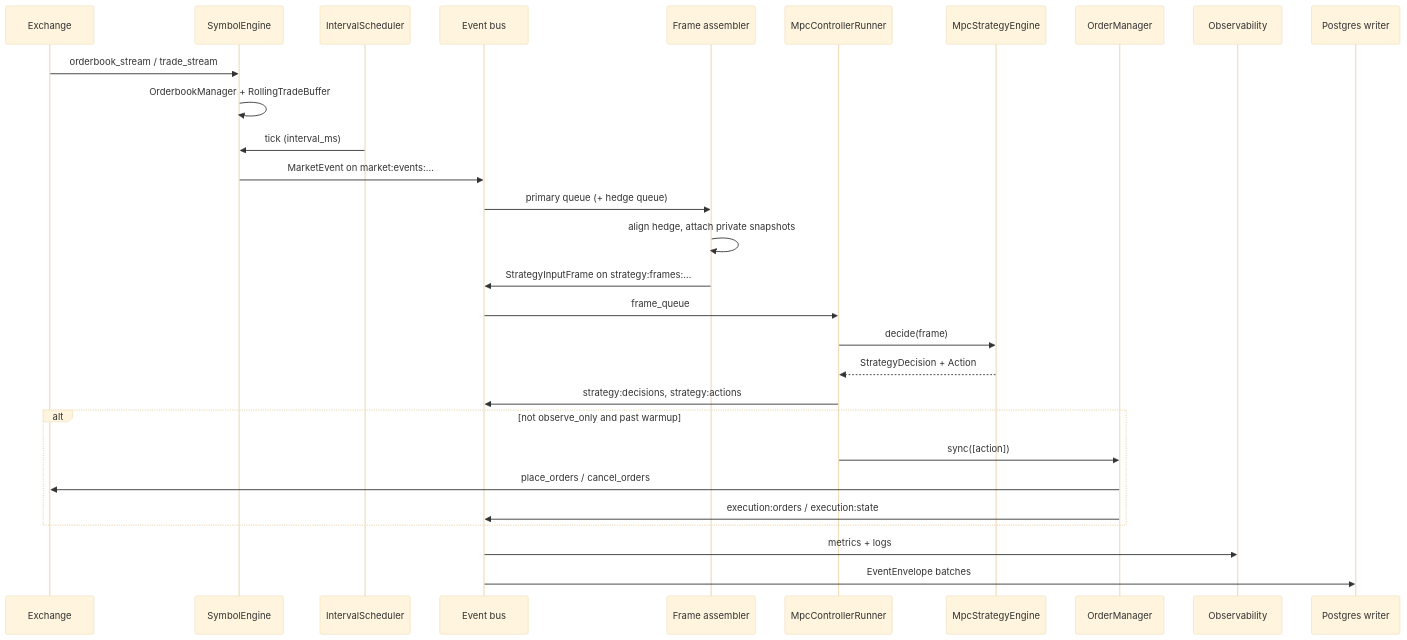
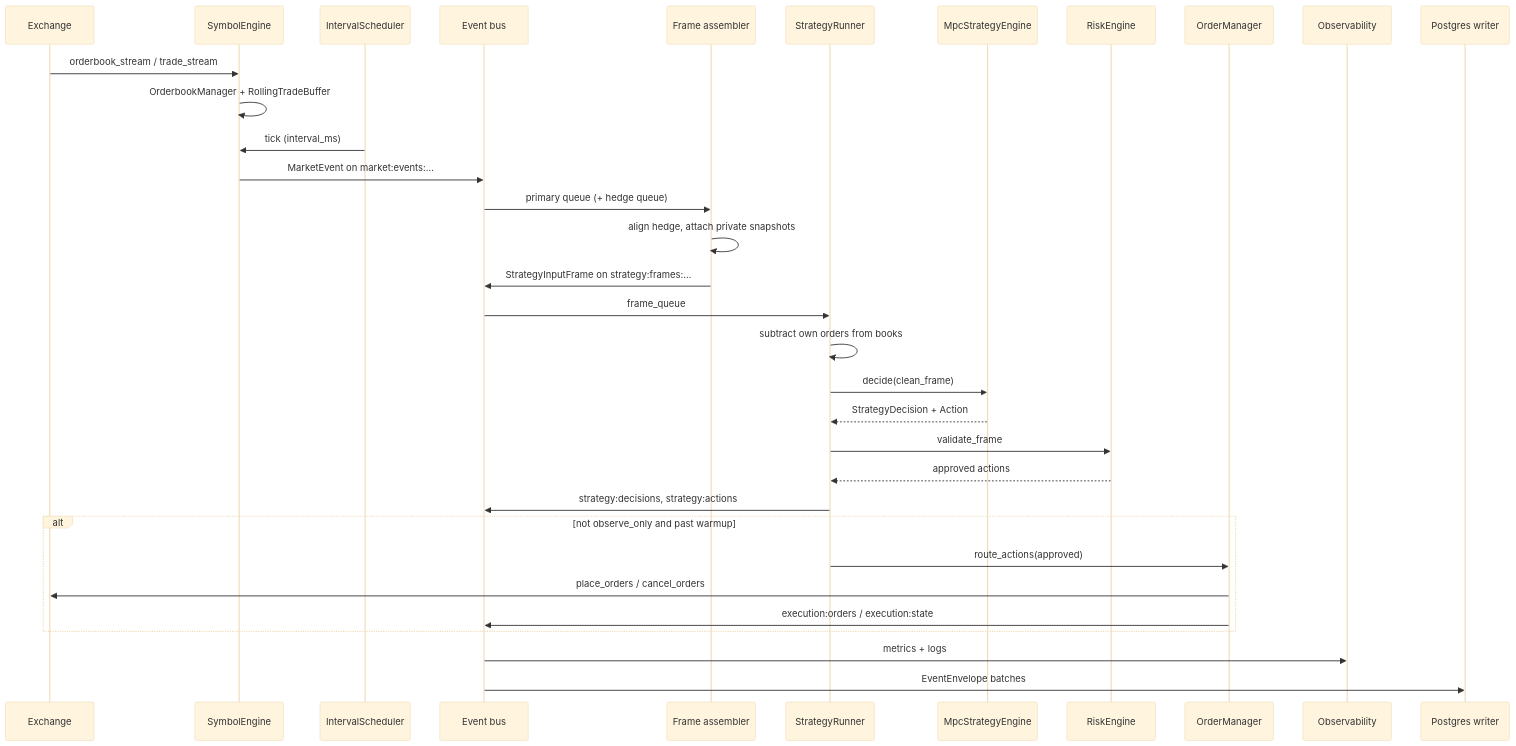
One commit to golipour/market-maker changed the diagram in docs/data-flow.md. Above: the diagram before and after it, drawn with Mermaid (base theme). The commit also changed other lines of this file and 26 other files, not shown here.

First line of the commit message:
Refactor market-making architecture to consolidate strategy execution and enhance risk management

````diff
--- a/docs/data-flow.md
+++ b/docs/data-flow.md
@@ -7,32 +7,36 @@
 ```mermaid
 sequenceDiagram
   participant EX as Exchange
   participant SE as SymbolEngine
   participant SCH as IntervalScheduler
   participant BUS as Event bus
   participant FA as Frame assembler
-  participant MPC as MpcControllerRunner
+  participant SR as StrategyRunner
   participant ENG as MpcStrategyEngine
+  participant RISK as RiskEngine
   participant OM as OrderManager
   participant OBS as Observability
   participant PG as Postgres writer
 
   EX->>SE: orderbook_stream / trade_stream
   SE->>SE: OrderbookManager + RollingTradeBuffer
   SCH->>SE: tick (interval_ms)
   SE->>BUS: MarketEvent on market:events:…
   BUS->>FA: primary queue (+ hedge queue)
   FA->>FA: align hedge, attach private snapshots
   FA->>BUS: StrategyInputFrame on strategy:frames:…
-  BUS->>MPC: frame_queue
-  MPC->>ENG: decide(frame)
-  ENG-->>MPC: StrategyDecision + Action
-  MPC->>BUS: strategy:decisions, strategy:actions
+  BUS->>SR: frame_queue
+  SR->>SR: subtract own orders from books
+  SR->>ENG: decide(clean_frame)
+  ENG-->>SR: StrategyDecision + Action
+  SR->>RISK: validate_frame
+  RISK-->>SR: approved actions
+  SR->>BUS: strategy:decisions, strategy:actions
   alt not observe_only and past warmup
-    MPC->>OM: sync([action])
+    SR->>OM: route_actions(approved)
     OM->>EX: place_orders / cancel_orders
     OM->>BUS: execution:orders / execution:state
   end
   BUS->>OBS: metrics + logs
   BUS->>PG: EventEnvelope batches
 ```
````
